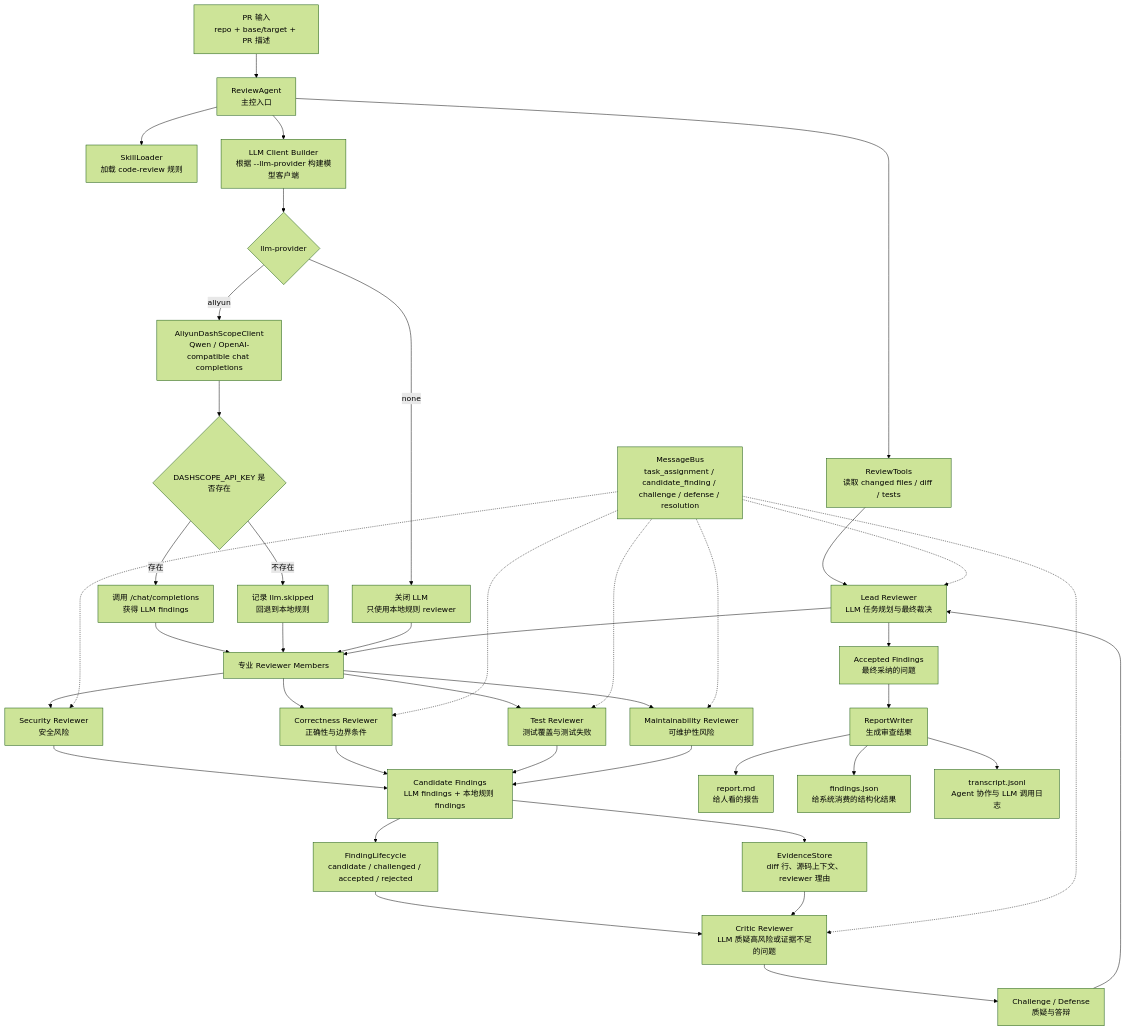
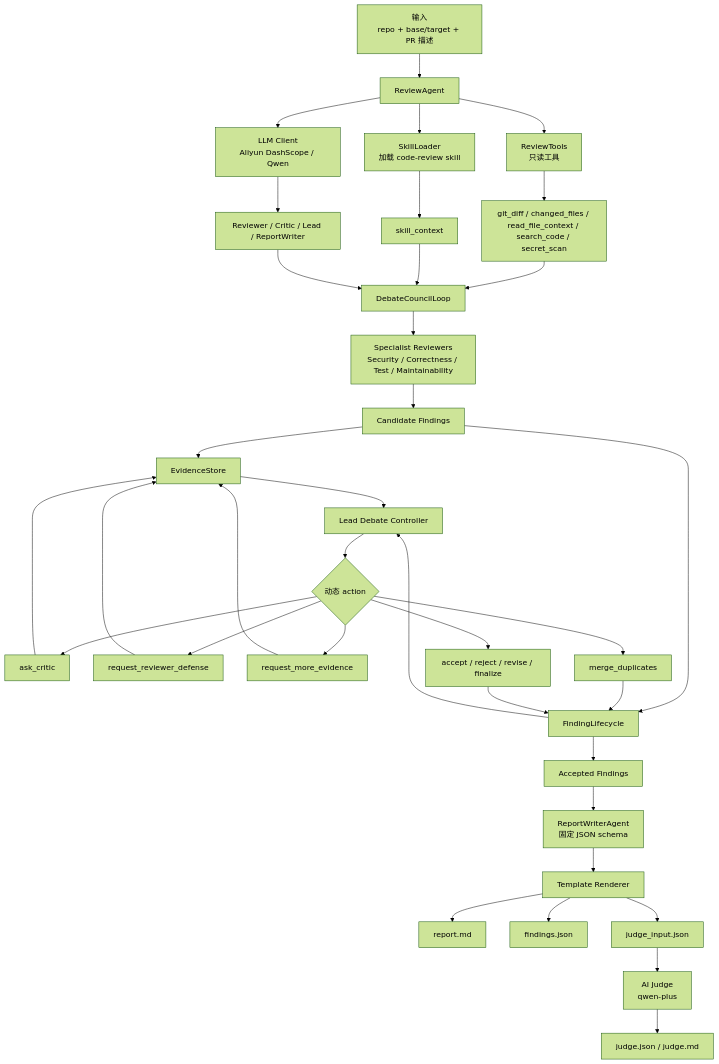
The second of 2 diagrams in docs/中文教程-Agent简历面试.md (csy-csy123/pr-review-agent-council), drawn with Mermaid (forest theme) before and after one commit. The commit also changed other lines of this file and 11 other files, not shown here.

Commit message:
Add debate council mode and demo results

````diff
--- a/docs/中文教程-Agent简历面试.md
+++ b/docs/中文教程-Agent简历面试.md
@@ -104,50 +74,45 @@
 ```mermaid
 flowchart TD
-    A["PR 输入<br/>repo + base/target + PR 描述"] --> B["ReviewAgent<br/>主控入口"]
-    B --> C["SkillLoader<br/>加载 code-review 规则"]
-    B --> D["ReviewTools<br/>读取 changed files / diff / tests"]
-    B --> E["LLM Client Builder<br/>根据 --llm-provider 构建模型客户端"]
+    A["输入<br/>repo + base/target + PR 描述"] --> B["ReviewAgent"]
+    B --> C["ReviewTools<br/>只读工具"]
+    B --> D["SkillLoader<br/>加载 code-review skill"]
+    B --> E["LLM Client<br/>Aliyun DashScope / Qwen"]
 
-    E --> F{"llm-provider"}
-    F -->|aliyun| G["AliyunDashScopeClient<br/>Qwen / OpenAI-compatible chat completions"]
-    F -->|none| H["关闭 LLM<br/>只使用本地规则 reviewer"]
-    G --> I{"DASHSCOPE_API_KEY 是否存在"}
-    I -->|存在| J["调用 /chat/completions<br/>获得 LLM findings"]
-    I -->|不存在| K["记录 llm.skipped<br/>回退到本地规则"]
+    C --> F["git_diff / changed_files / read_file_context / search_code / secret_scan"]
+    D --> G["skill_context"]
+    E --> H["Reviewer / Critic / Lead / ReportWriter"]
 
-    D --> L["Lead Reviewer<br/>LLM 任务规划与最终裁决"]
-    J --> M["专业 Reviewer Members"]
-    K --> M
-    H --> M
-    L --> M
+    F --> I["DebateCouncilLoop"]
+    G --> I
+    H --> I
 
-    M --> N["Security Reviewer<br/>安全风险"]
-    M --> O["Correctness Reviewer<br/>正确性与边界条件"]
-    M --> P["Test Reviewer<br/>测试覆盖与测试失败"]
-    M --> Q["Maintainability Reviewer<br/>可维护性风险"]
+    I --> J["Specialist Reviewers<br/>Security / Correctness / Test / Maintainability"]
+    J --> K["Candidate Findings"]
+    K --> L["EvidenceStore"]
+    K --> M["FindingLifecycle"]
 
-    N --> R["Candidate Findings<br/>LLM findings + 本地规则 findings"]
-    O --> R
-    P --> R
-    Q --> R
+    M --> N["Lead Debate Controller"]
+    N --> O{"动态 action"}
+    O --> P["ask_critic"]
+    O --> Q["request_reviewer_defense"]
+    O --> R["request_more_evidence"]
+    O --> S["merge_duplicates"]
+    O --> T["accept / reject / revise / finalize"]
 
-    R --> S["FindingLifecycle<br/>candidate / challenged / accepted / rejected"]
-    R --> T["EvidenceStore<br/>diff 行、源码上下文、reviewer 理由"]
-    S --> U["Critic Reviewer<br/>LLM 质疑高风险或证据不足的问题"]
-    T --> U
-    U --> V["Challenge / Defense<br/>质疑与答辩"]
-    V --> L
+    P --> L
+    Q --> L
+    R --> L
+    S --> M
+    T --> M
+    L --> N
 
-    L --> W["Accepted Findings<br/>最终采纳的问题"]
-    W --> X["ReportWriter<br/>生成审查结果"]
-    X --> Y["report.md<br/>给人看的报告"]
-    X --> Z["findings.json<br/>给系统消费的结构化结果"]
-    X --> AA["transcript.jsonl<br/>Agent 协作与 LLM 调用日志"]
+    M --> U["Accepted Findings"]
+    U --> V["ReportWriterAgent<br/>固定 JSON schema"]
+    V --> W["Template Renderer"]
+    W --> X["report.md"]
+    W --> Y["findings.json"]
+    W --> Z["judge_input.json"]
 
-    AB["MessageBus<br/>task_assignment / candidate_finding / challenge / defense / resolution"] -.-> L
-    AB -.-> N
-    AB -.-> O
-    AB -.-> P
-    AB -.-> Q
-    AB -.-> U
+    Z --> AA["AI Judge<br/>qwen-plus"]
+    AA --> AB["judge.json / judge.md"]
 ```
````
